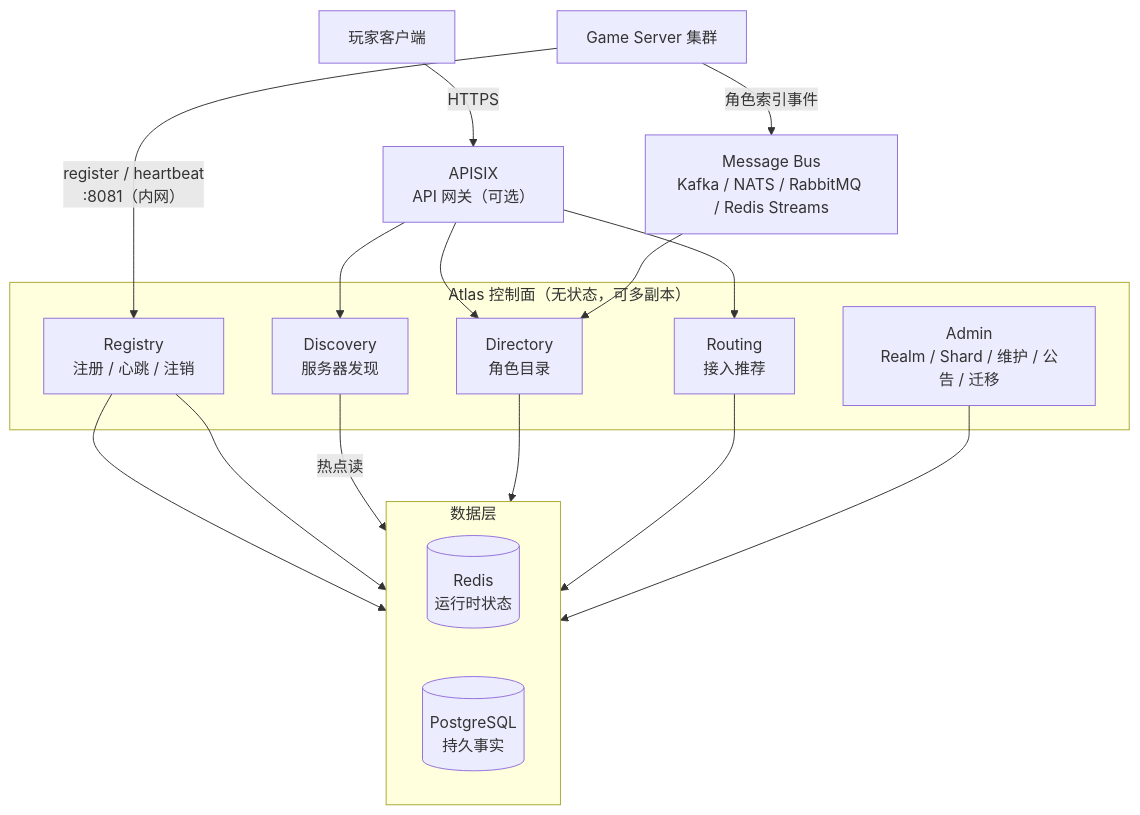
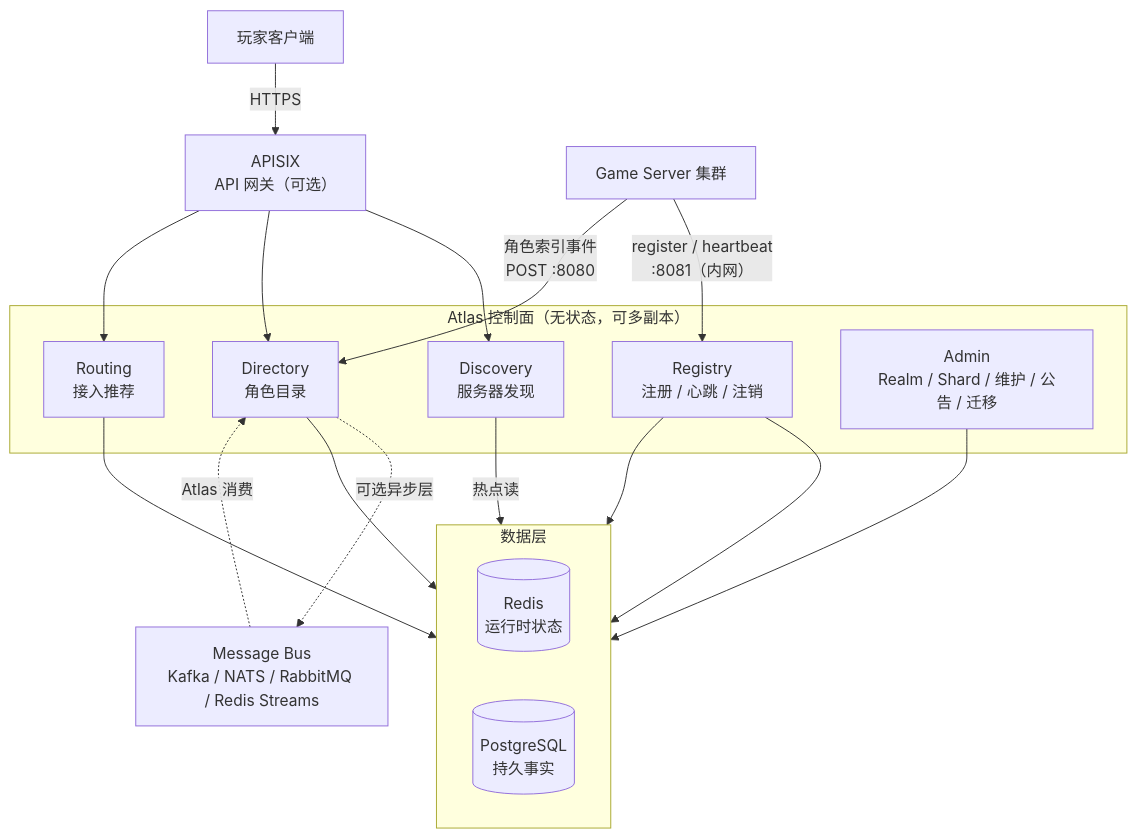
The first of 2 diagrams in README.md (cuihairu/atlas), drawn with Mermaid before and after one commit. The commit also changed 5 other files, not shown here.

First line of the commit message:
docs: 修正角色事件流向图 — 写接口是唯一入口,消息队列段在 Atlas 内部,游戏服务器不直连 broker

````diff
--- a/README.md
+++ b/README.md
@@ -59,29 +59,31 @@
 ```mermaid
 flowchart TB
     Player["玩家客户端"]
     GW["APISIX<br/>API 网关（可选）"]
 
     subgraph atlas["Atlas 控制面（无状态，可多副本）"]
         REG["Registry<br/>注册 / 心跳 / 注销"]
         DISC["Discovery<br/>服务器发现"]
         DIR["Directory<br/>角色目录"]
         ROUT["Routing<br/>接入推荐"]
         ADMIN["Admin<br/>Realm / Shard / 维护 / 公告 / 迁移"]
     end
 
     subgraph stores["数据层"]
         direction LR
         REDIS[("Redis<br/>运行时状态")]
         PG[("PostgreSQL<br/>持久事实")]
     end
 
     GS["Game Server 集群"]
 
     Player -->|HTTPS| GW
     GW --> DISC & DIR & ROUT
     GS -->|"register / heartbeat<br/>:8081（内网）"| REG
-    GS -->|角色索引事件| BUS["Message Bus<br/>Kafka / NATS / RabbitMQ / Redis Streams"] --> DIR
+    GS -->|"角色索引事件<br/>POST :8080"| DIR
+    DIR -.->|"可选异步层"| BUS["Message Bus<br/>Kafka / NATS / RabbitMQ / Redis Streams"]
+    BUS -.->|"Atlas 消费"| DIR
     REG --> REDIS & PG
     DISC -->|热点读| REDIS
     DIR & ROUT & ADMIN --> PG
 ```
````
